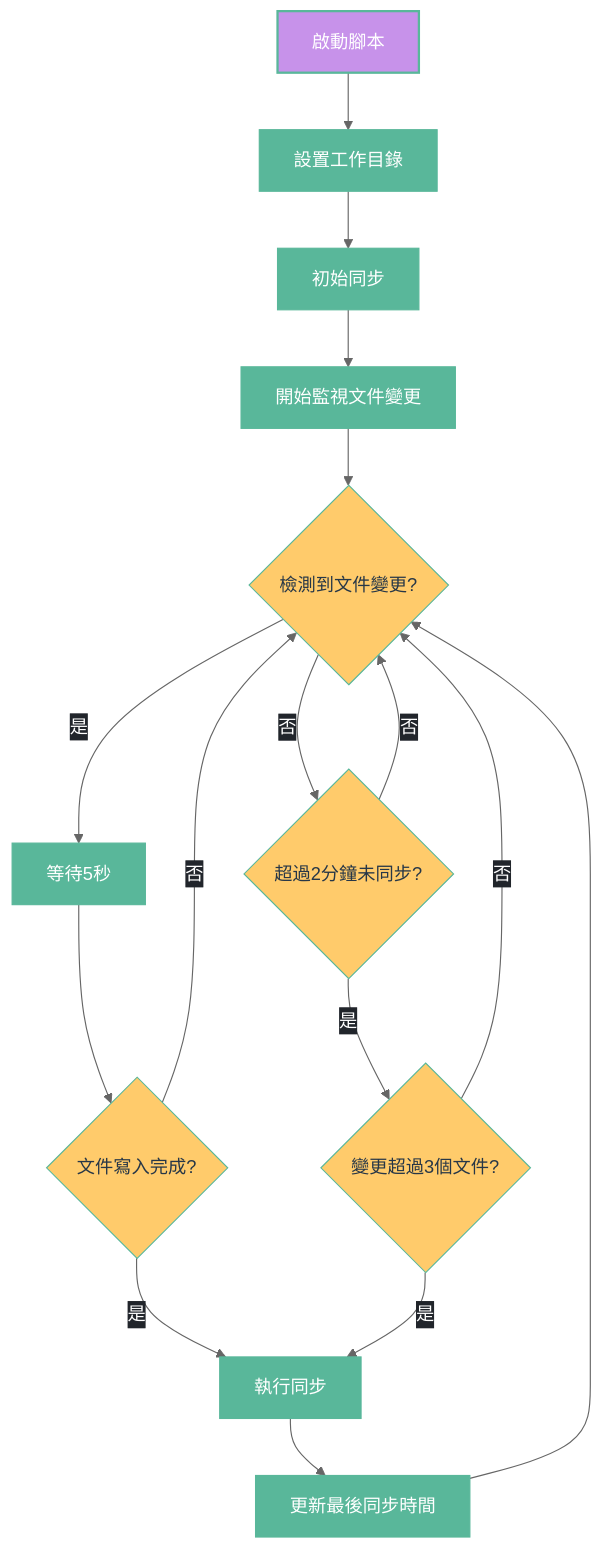
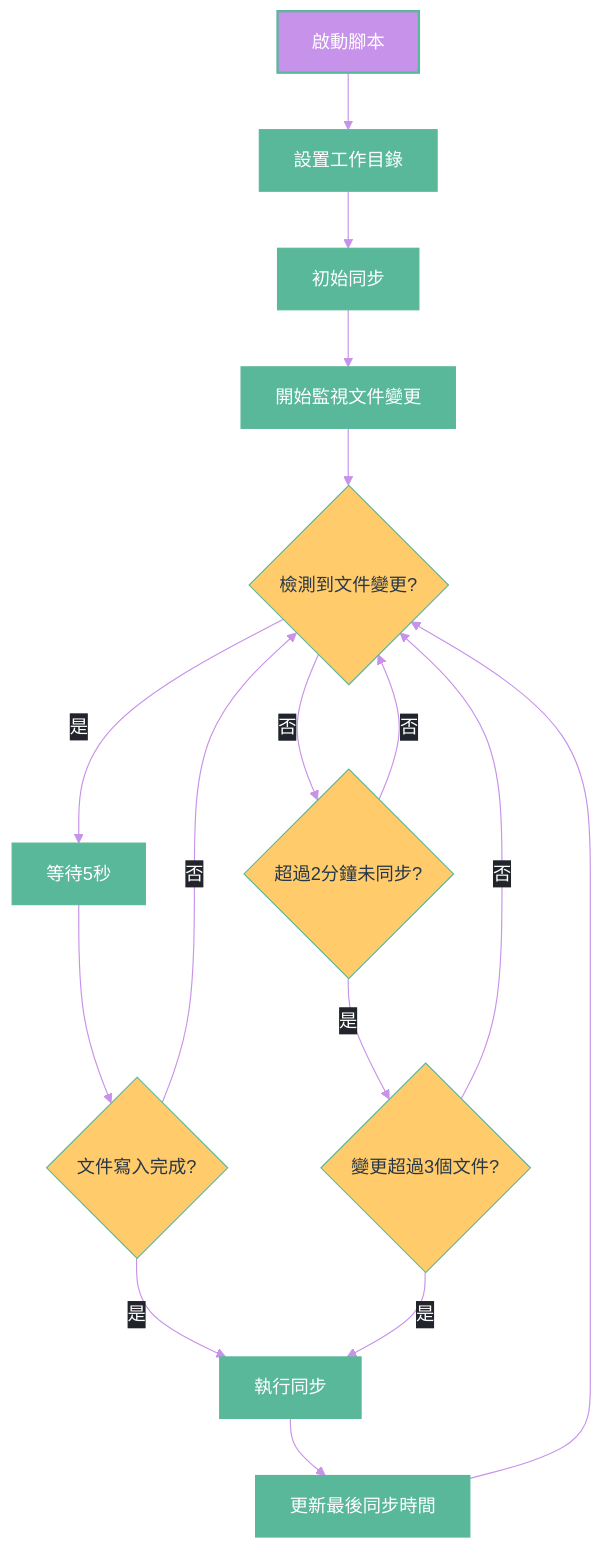
One commit to GengGeng026/Sync-Logseq changed the second of 2 diagrams in Logseq同步方案演進記錄.md. Above: the diagram before and after it, drawn with Mermaid. The commit also changed other lines of this file, not shown here.

````diff
--- a/Logseq同步方案演進記錄.md
+++ b/Logseq同步方案演進記錄.md
@@ -384,52 +384,52 @@
 ```mermaid
 %%{init: {
   'theme': 'base', 
   'themeVariables': {
-    'primaryColor': '#59B79A',
+    'primaryColor': '#651FFF',
     'primaryTextColor': '#FFFFFF',
     'primaryBorderColor': '#59B79A',
-    'lineColor': '#666666',
-    'secondaryColor': '#C792EA',
+    'lineColor': '#C792EA',
+    'secondaryColor': '#FFCB6B',
     'tertiaryColor': '#F07178',
     'background': 'transparent',
-    'textColor': '#666666',
+    'textColor': '#EEFFFF',
     'mainBkg': '#273747',
     'nodeBorder': '#59B79A',
     'clusterBkg': 'transparent',
     'edgeLabelBackground': '#21252B'
   },
   'flowchart': {
     'curve': 'basis',
     'nodeSpacing': 50,
     'rankSpacing': 50,
     'padding': 15
   }
 }}%%
 flowchart TD
     %% 節點樣式優化
     classDef start fill:#C792EA,stroke:#59B79A,color:#FFFFFF,stroke-width:2px;
     classDef process fill:#59B79A,stroke:#59B79A,color:#FFFFFF,stroke-width:1px;
     classDef condition fill:#FFCB6B,stroke:#59B79A,color:#273747,stroke-width:1px,shape:diamond;
     classDef action fill:#F07178,stroke:#59B79A,color:#FFFFFF,stroke-width:1px;
     
     A[啟動腳本] --> B[設置工作目錄]
     B --> C[初始同步]
     C --> D[開始監視文件變更]
     D --> E{檢測到文件變更?}
     E -->|是| F[等待5秒]
     F --> G{文件寫入完成?}
     G -->|是| H[執行同步]
     G -->|否| E
     E -->|否| I{超過2分鐘未同步?}
     I -->|是| J{變更超過3個文件?}
     J -->|是| H
     J -->|否| E
     I -->|否| E
     H --> K[更新最後同步時間]
     K --> E
     
     %% 應用樣式
     class A start;
     class B,C,D,F,H,K process;
     class E,G,I,J condition;
 ```
````
